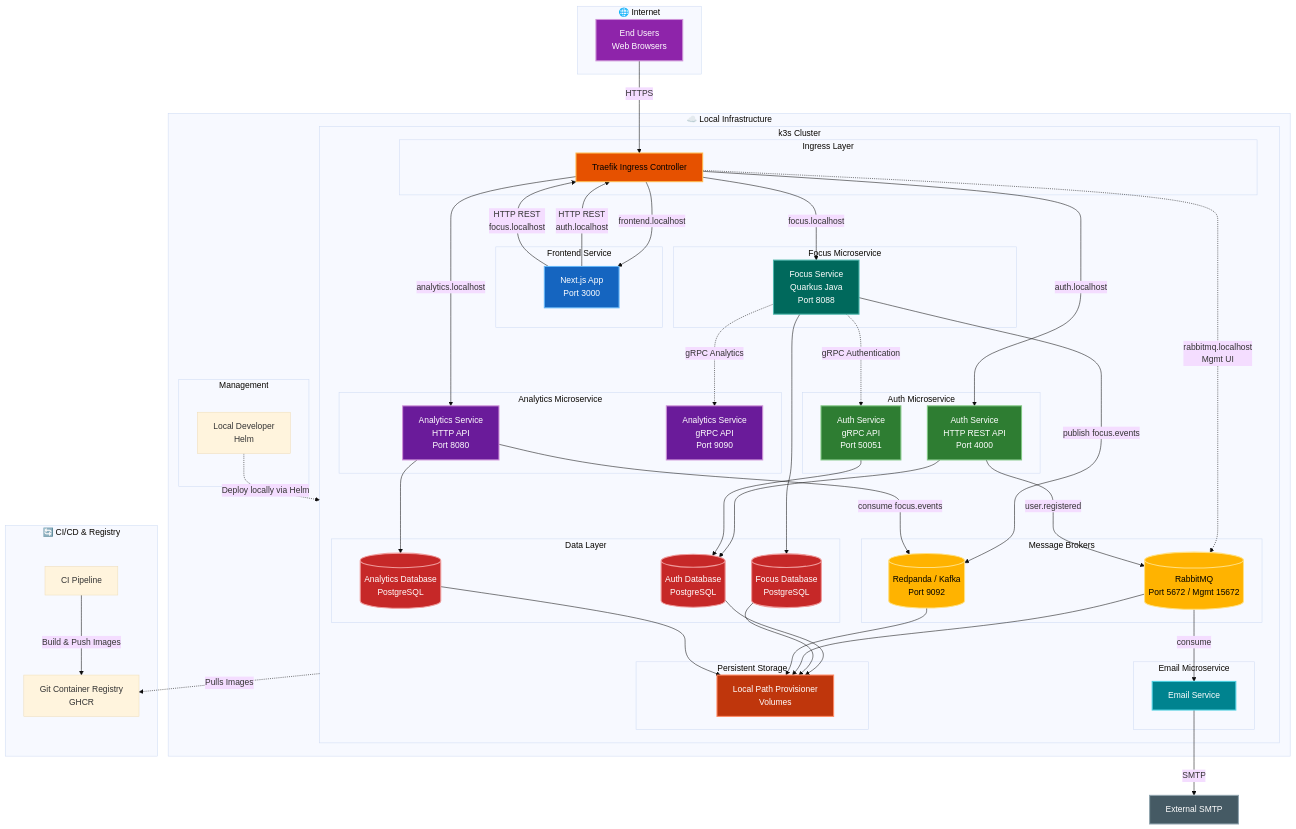
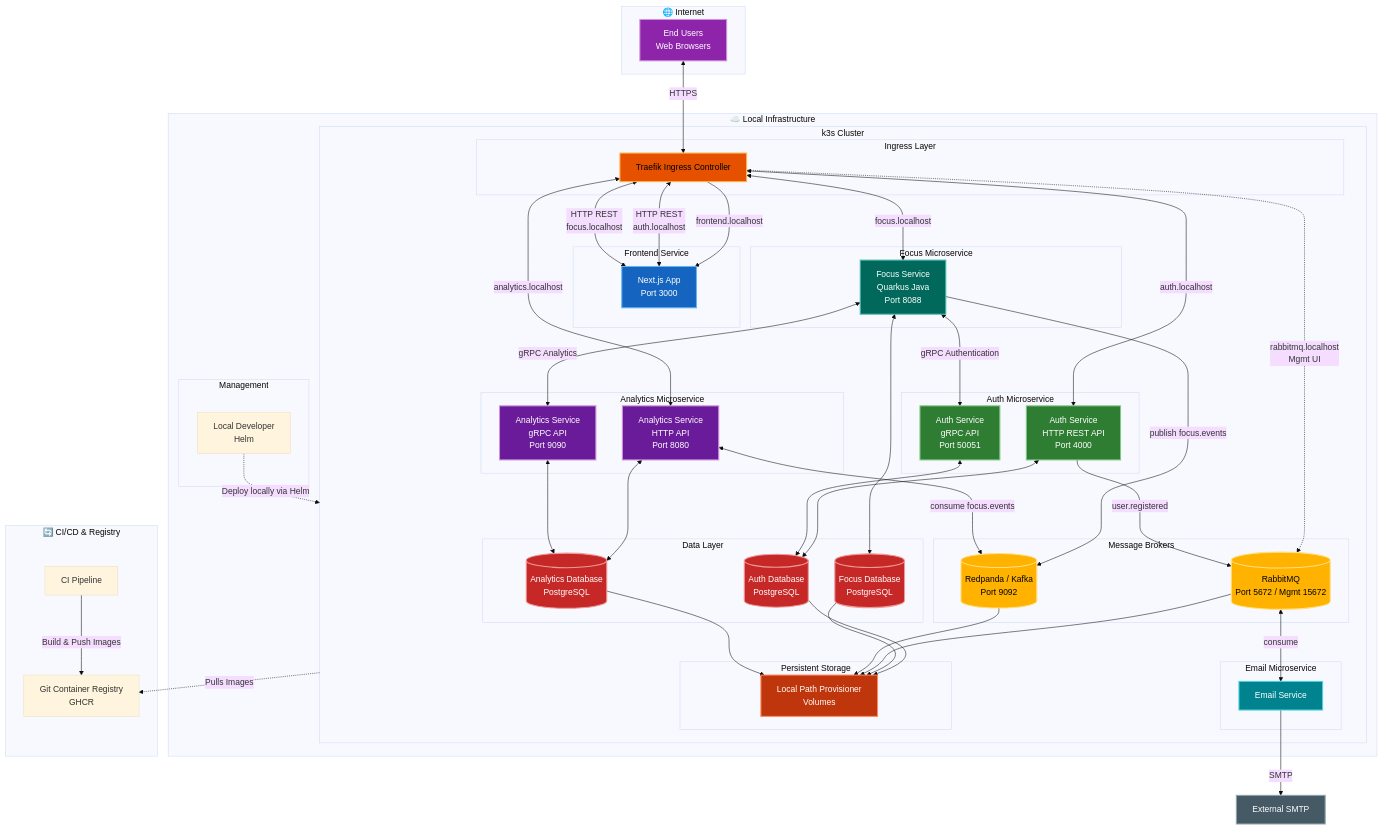
One commit to CloudNativeDevelopmentTeamH/infra changed the first of 2 diagrams in architecture.md. Above: the diagram before and after it, drawn with Mermaid (base theme). The commit also changed other lines of this file, not shown here.

Commit message:
fix: update architecture diagram to use bidirectional arrows for service communication

```diff
--- a/architecture.md
+++ b/architecture.md
@@ -65,35 +65,36 @@
     end
 
     %% User flows
-    Users -->|HTTPS| Traefik
+    Users <--> |HTTPS| Traefik
     Traefik -->|frontend.localhost| NextJS
-    Traefik -->|auth.localhost| AuthHTTP
-    Traefik -->|focus.localhost| FocusApp
-    Traefik -->|analytics.localhost| AnalyticsHTTP
+    Traefik <--> |auth.localhost| AuthHTTP
+    Traefik <--> |focus.localhost| FocusApp
+    Traefik <--> |analytics.localhost| AnalyticsHTTP
     Traefik -.->|rabbitmq.localhost<br/>Mgmt UI| RabbitMQ
 
     %% Frontend-to-Backend API calls (via Traefik)
-    NextJS -->|HTTP REST<br/>auth.localhost| Traefik
-    NextJS -->|HTTP REST<br/>focus.localhost| Traefik
+    NextJS <--> |HTTP REST<br/>auth.localhost| Traefik
+    NextJS <--> |HTTP REST<br/>focus.localhost| Traefik
 
     %% Service-to-service communication (gRPC)
-    FocusApp -.->|gRPC Authentication| AuthGRPC
-    FocusApp -.->|gRPC Analytics| AnalyticsGRPC
+    FocusApp <--> |gRPC Authentication| AuthGRPC
+    FocusApp <--> |gRPC Analytics| AnalyticsGRPC
 
     %% Async Communication (RabbitMQ)
     AuthHTTP -->|user.registered| RabbitMQ
-    RabbitMQ -->|consume| EmailApp
+    RabbitMQ <--> |consume| EmailApp
     EmailApp -->|SMTP| ExternalSMTP[External SMTP]
 
     %% Async Communication (Kafka / Redpanda)
     FocusApp -->|publish focus.events| Redpanda
-    AnalyticsHTTP -->|consume focus.events| Redpanda
+    AnalyticsHTTP <--> |consume focus.events| Redpanda
 
     %% Data layer
-    AuthHTTP --> AuthDB
-    AuthGRPC --> AuthDB
-    FocusApp --> FocusDB
-    AnalyticsHTTP --> AnalyticsDB
+    AuthHTTP <--> AuthDB
+    AuthGRPC <--> AuthDB
+    FocusApp <--> FocusDB
+    AnalyticsHTTP <--> AnalyticsDB
+    AnalyticsGRPC <--> AnalyticsDB
 
     AuthDB --> LocalPath
     FocusDB --> LocalPath
```
